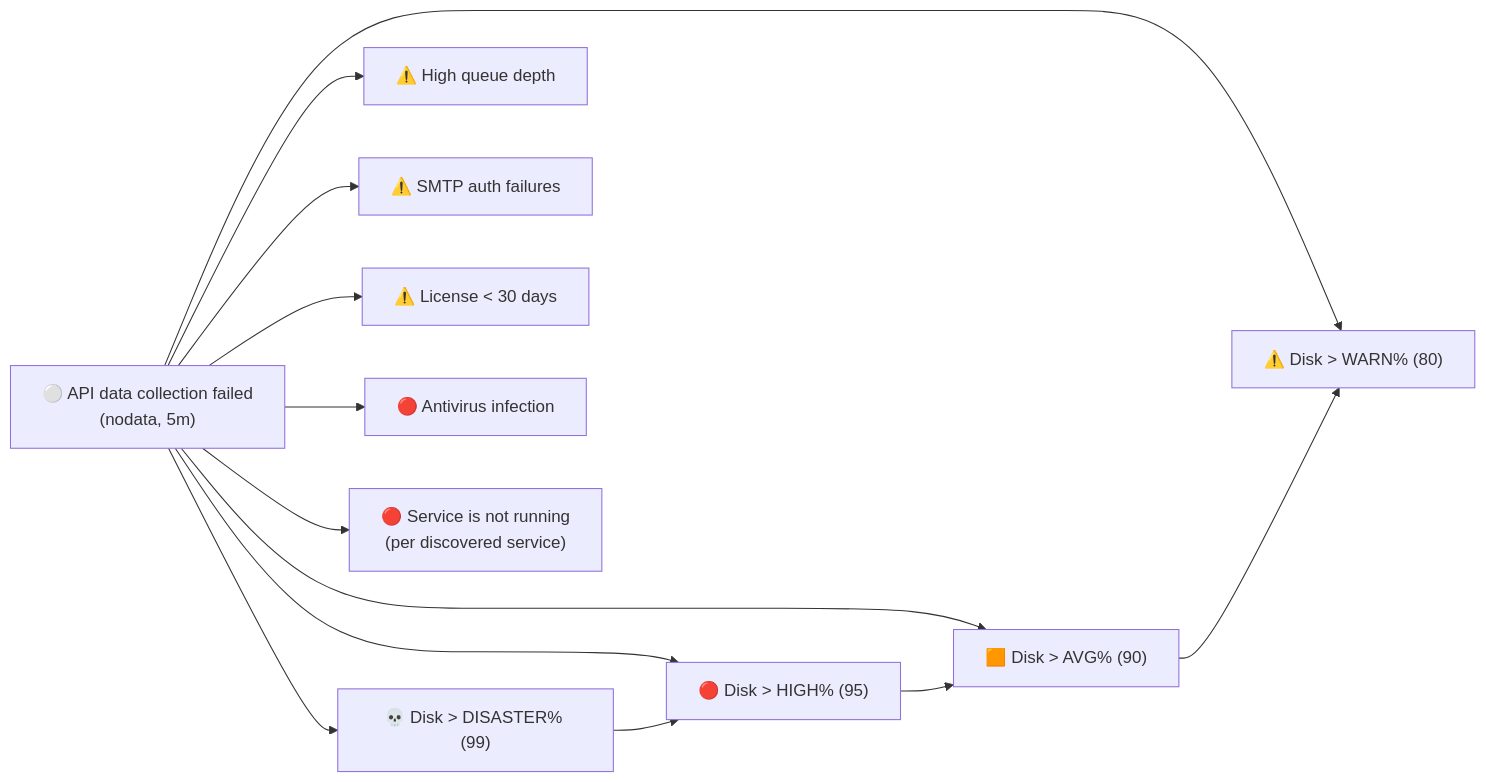
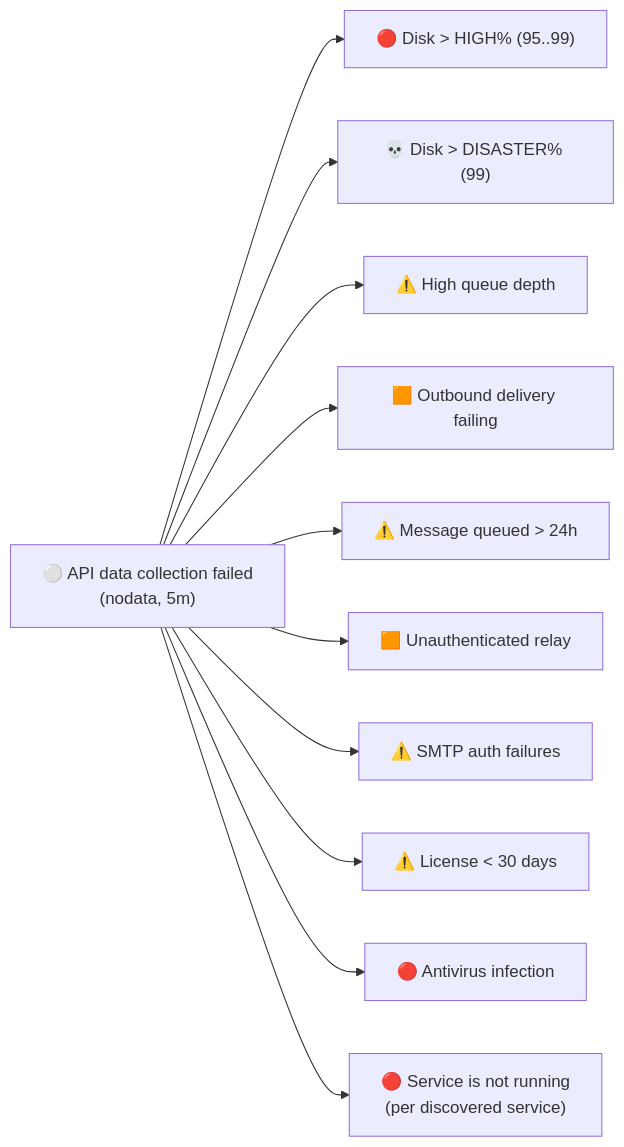
Before and after one commit to IT-for-Prof/zabbix-kerio-connect: the second of 2 diagrams in README.md, drawn with Mermaid. The commit also changed other lines of this file and 15 other files, not shown here.

First line of the commit message:
Kerio 1.1.0: queue age, unauthenticated relay check, batched API, disk tiers without duplicates

````diff
--- a/README.md
+++ b/README.md
@@ -89,14 +121,14 @@
 ```mermaid
 flowchart LR
     R["⚪ API data collection failed<br/>(nodata, 5m)"]
-    R --> D1["⚠️ Disk > WARN% (80)"]
-    R --> D2["🟧 Disk > AVG% (90)"]
-    R --> D3["🔴 Disk > HIGH% (95)"]
+    R --> D3["🔴 Disk > HIGH% (95..99)"]
     R --> D4["💀 Disk > DISASTER% (99)"]
-    D4 --> D3 --> D2 --> D1
     R --> Q["⚠️ High queue depth"]
+    R --> QS["🟧 Outbound delivery failing"]
+    R --> QA["⚠️ Message queued > 24h"]
+    R --> RL["🟧 Unauthenticated relay"]
     R --> A["⚠️ SMTP auth failures"]
     R --> L["⚠️ License < 30 days"]
     R --> V["🔴 Antivirus infection"]
     R --> S["🔴 Service is not running<br/>(per discovered service)"]
 ```
````
